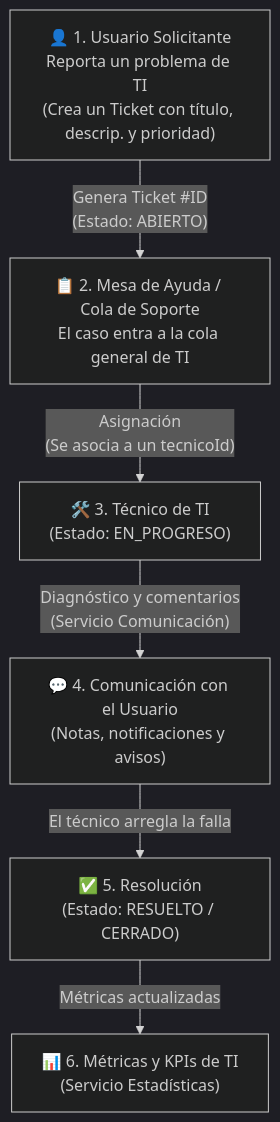
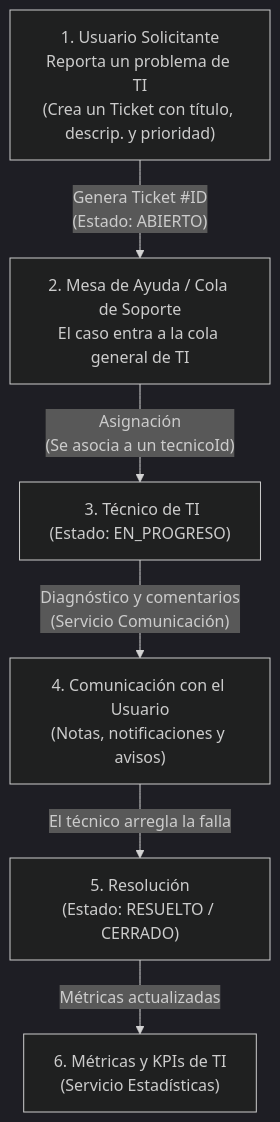
One commit to ANDERSOUNDZ/helpdesk changed the first of 2 diagrams in README.md. Above: the diagram before and after it, drawn with Mermaid (dark theme). The commit also changed other lines of this file and 10 other files, not shown here.

````diff
--- a/README.md
+++ b/README.md
@@ -16,8 +16,8 @@
 ```mermaid
 flowchart TD
-    A["👤 1. Usuario Solicitante\nReporta un problema de TI\n(Crea un Ticket con título, descrip. y prioridad)"] -->|"Genera Ticket #ID\n(Estado: ABIERTO)"| B["📋 2. Mesa de Ayuda / Cola de Soporte\nEl caso entra a la cola general de TI"]
-    B -->|"Asignación\n(Se asocia a un tecnicoId)"| C["🛠️ 3. Técnico de TI\n(Estado: EN_PROGRESO)"]
-    C -->|"Diagnóstico y comentarios\n(Servicio Comunicación)"| D["💬 4. Comunicación con el Usuario\n(Notas, notificaciones y avisos)"]
-    D -->|"El técnico arregla la falla"| E["✅ 5. Resolución\n(Estado: RESUELTO / CERRADO)"]
-    E -->|"Métricas actualizadas"| F["📊 6. Métricas y KPIs de TI\n(Servicio Estadísticas)"]
+    A[" 1. Usuario Solicitante\nReporta un problema de TI\n(Crea un Ticket con título, descrip. y prioridad)"] -->|"Genera Ticket #ID\n(Estado: ABIERTO)"| B[" 2. Mesa de Ayuda / Cola de Soporte\nEl caso entra a la cola general de TI"]
+    B -->|"Asignación\n(Se asocia a un tecnicoId)"| C["️ 3. Técnico de TI\n(Estado: EN_PROGRESO)"]
+    C -->|"Diagnóstico y comentarios\n(Servicio Comunicación)"| D[" 4. Comunicación con el Usuario\n(Notas, notificaciones y avisos)"]
+    D -->|"El técnico arregla la falla"| E[" 5. Resolución\n(Estado: RESUELTO / CERRADO)"]
+    E -->|"Métricas actualizadas"| F[" 6. Métricas y KPIs de TI\n(Servicio Estadísticas)"]
 ```
````
